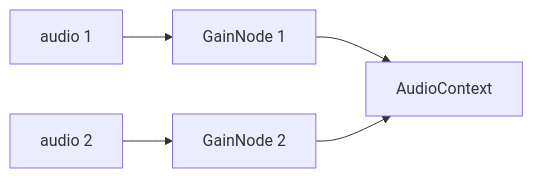
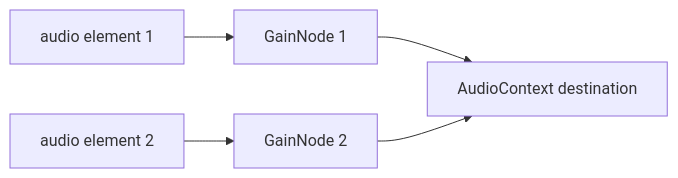
The second of 2 diagrams in apps/frontend/src/components/Player/README.md (oktomusic/oktomusic), drawn with Mermaid before and after one commit. The commit also changed other lines of this file and 10 other files, not shown here.

````diff
--- a/apps/frontend/src/components/Player/README.md
+++ b/apps/frontend/src/components/Player/README.md
@@ -14,7 +189,7 @@
 ```mermaid
 flowchart LR
-    audio_1["audio 1"] --> GainNode_1
-    audio_2["audio 2"] --> GainNode_2
-    GainNode_1[GainNode 1] --> AudioContext
-    GainNode_2[GainNode 2] --> AudioContext
+    A1[audio element 1] --> G1[GainNode 1]
+    A2[audio element 2] --> G2[GainNode 2]
+    G1 --> AC[AudioContext destination]
+    G2 --> AC
 ```
````
